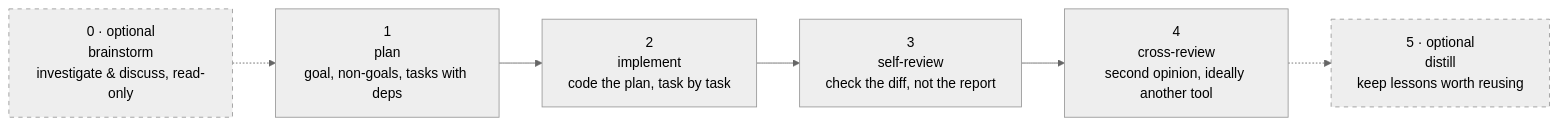
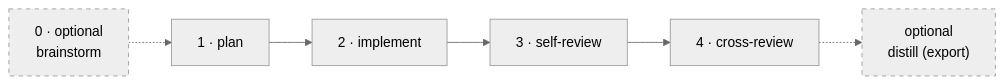
Before and after one commit to tranthethang/agent-relay: the diagram in README.md, drawn with Mermaid (neutral theme). The commit also changed other lines of this file and 54 other files, not shown here.

````diff
--- a/README.md
+++ b/README.md
@@ -11,14 +36,14 @@
 ```mermaid
 flowchart LR
-    B0["0 · optional\nbrainstorm\ninvestigate & discuss, read-only"]
-    P1["1\nplan\ngoal, non-goals, tasks with deps"]
-    I2["2\nimplement\ncode the plan, task by task"]
-    R3["3\nself-review\ncheck the diff, not the report"]
-    R4["4\ncross-review\nsecond opinion, ideally another tool"]
-    D5["5 · optional\ndistill\nkeep lessons worth reusing"]
+    B0["0 · optional\nbrainstorm"]
+    P1["1 · plan"]
+    I2["2 · implement"]
+    R3["3 · self-review"]
+    R4["4 · cross-review"]
+    D5["optional\ndistill (export)"]
 
     B0 -.-> P1 --> I2 --> R3 --> R4 -.-> D5
 
     style B0 stroke-dasharray: 5 5
     style D5 stroke-dasharray: 5 5
 ```
````
